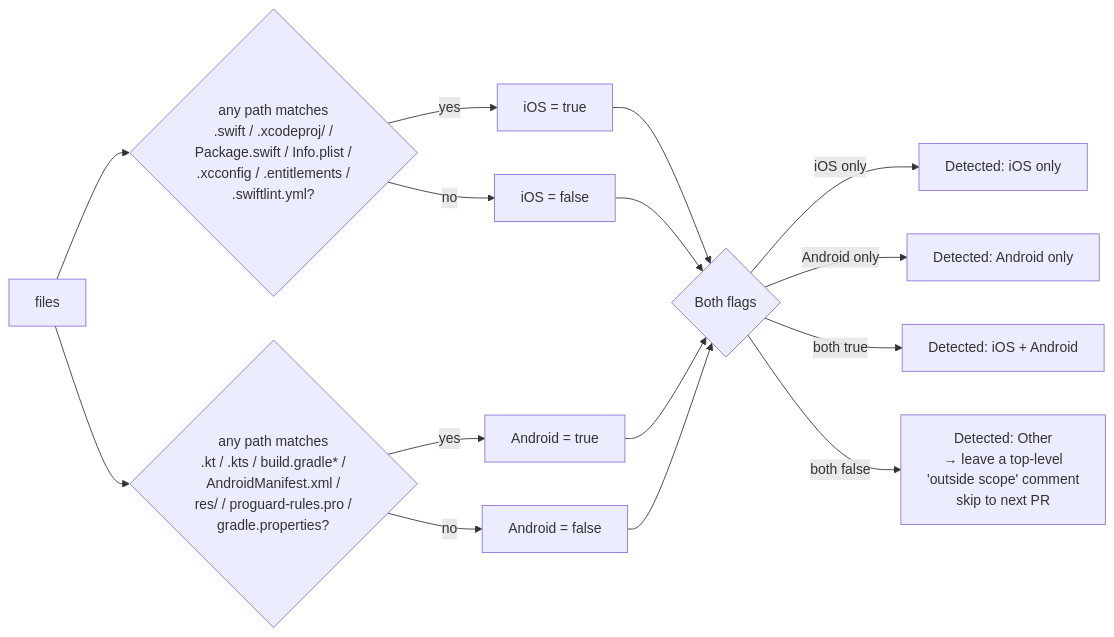
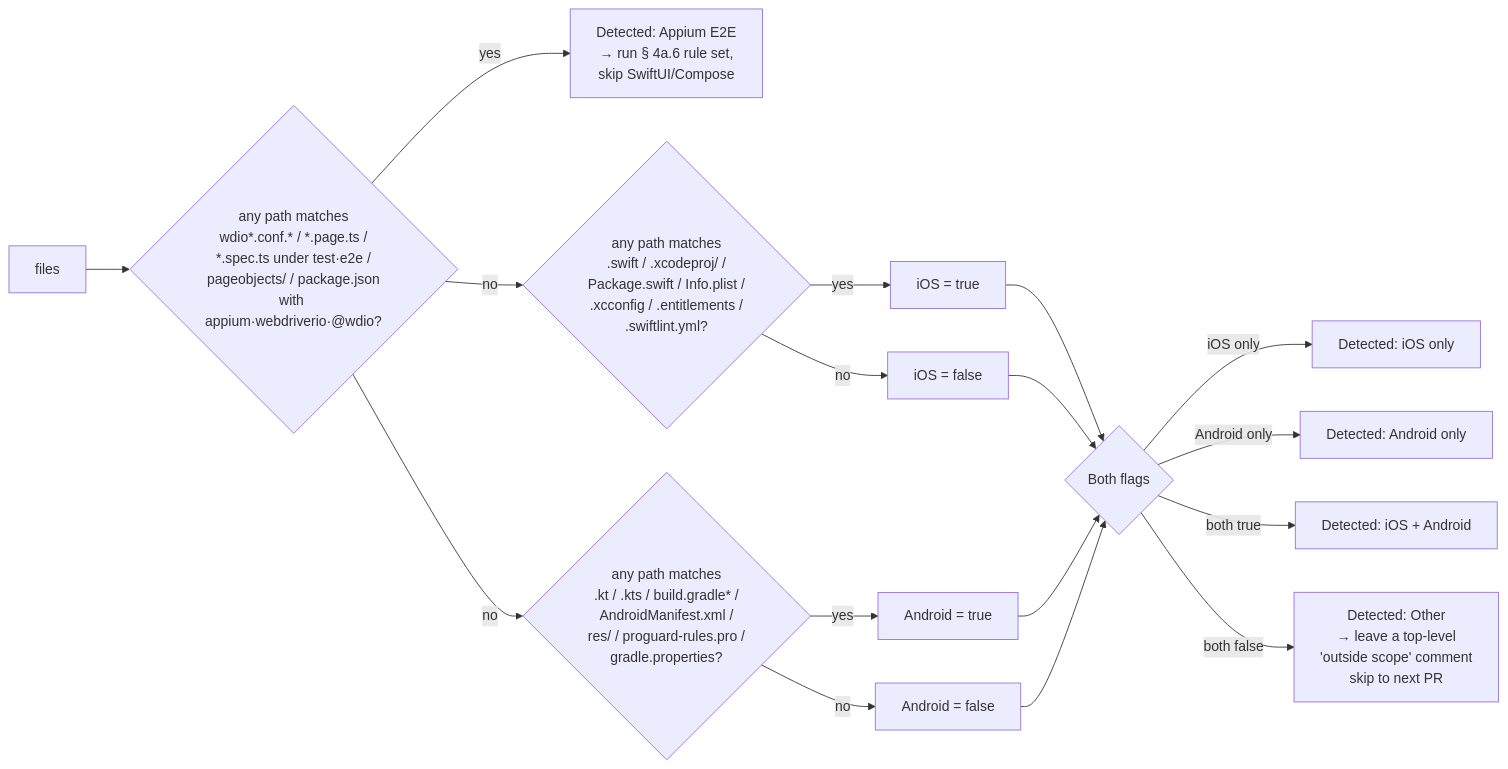
One commit to pkesavangg/pr-review-skills changed the third of 15 diagrams in HOW-IT-WORKS.md. Above: the diagram before and after it, drawn with Mermaid. The commit also changed other lines of this file and 12 other files, not shown here.

````diff
--- a/HOW-IT-WORKS.md
+++ b/HOW-IT-WORKS.md
@@ -126,20 +126,22 @@
 ```mermaid
 flowchart LR
-    F[files] --> CheckIOS{any path matches<br/>.swift / .xcodeproj/ /<br/>Package.swift / Info.plist /<br/>.xcconfig / .entitlements /<br/>.swiftlint.yml?}
+    F[files] --> CheckAppium{any path matches<br/>wdio*.conf.* / *.page.ts /<br/>*.spec.ts under test·e2e /<br/>pageobjects/ / package.json<br/>with appium·webdriverio·@wdio?}
+    CheckAppium -- yes --> AppiumOut[Detected: Appium E2E<br/>→ run § 4a.6 rule set,<br/>skip SwiftUI/Compose]
+    CheckAppium -- no --> CheckIOS{any path matches<br/>.swift / .xcodeproj/ /<br/>Package.swift / Info.plist /<br/>.xcconfig / .entitlements /<br/>.swiftlint.yml?}
     CheckIOS -- yes --> iOS[iOS = true]
     CheckIOS -- no --> NoIOS[iOS = false]
 
-    F --> CheckAnd{any path matches<br/>.kt / .kts / build.gradle* /<br/>AndroidManifest.xml /<br/>res/ / proguard-rules.pro /<br/>gradle.properties?}
+    CheckAppium -- no --> CheckAnd{any path matches<br/>.kt / .kts / build.gradle* /<br/>AndroidManifest.xml /<br/>res/ / proguard-rules.pro /<br/>gradle.properties?}
     CheckAnd -- yes --> And[Android = true]
     CheckAnd -- no --> NoAnd[Android = false]
 
     iOS --> Combine
     NoIOS --> Combine
     And --> Combine
     NoAnd --> Combine
 
     Combine{Both flags} -- iOS only --> Out1[Detected: iOS only]
     Combine -- Android only --> Out2[Detected: Android only]
     Combine -- both true --> Out3[Detected: iOS + Android]
     Combine -- both false --> Out4[Detected: Other<br/>→ leave a top-level<br/>'outside scope' comment<br/>skip to next PR]
 ```
````
